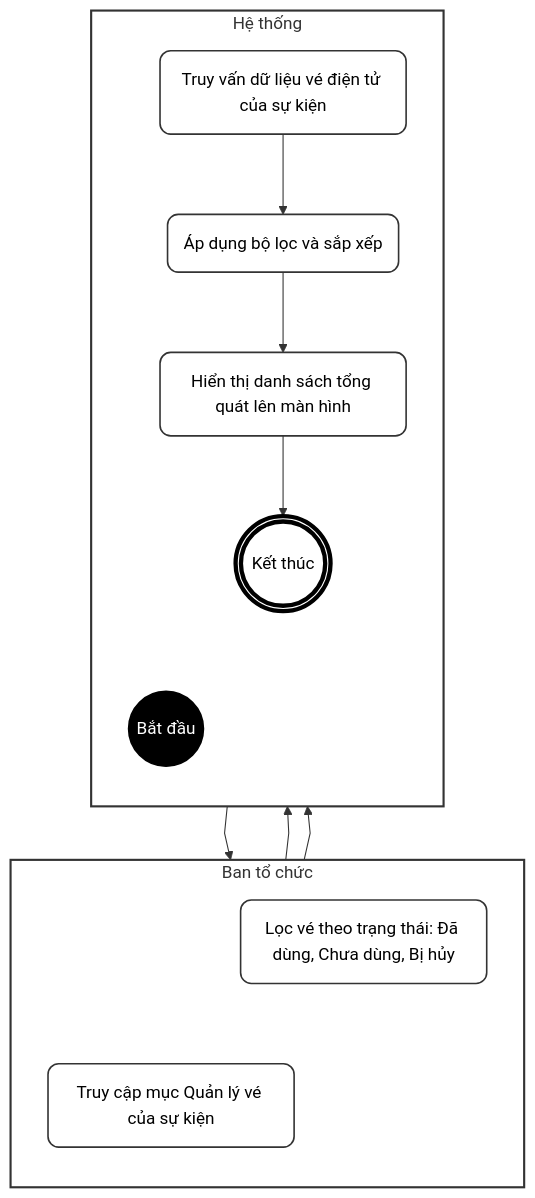
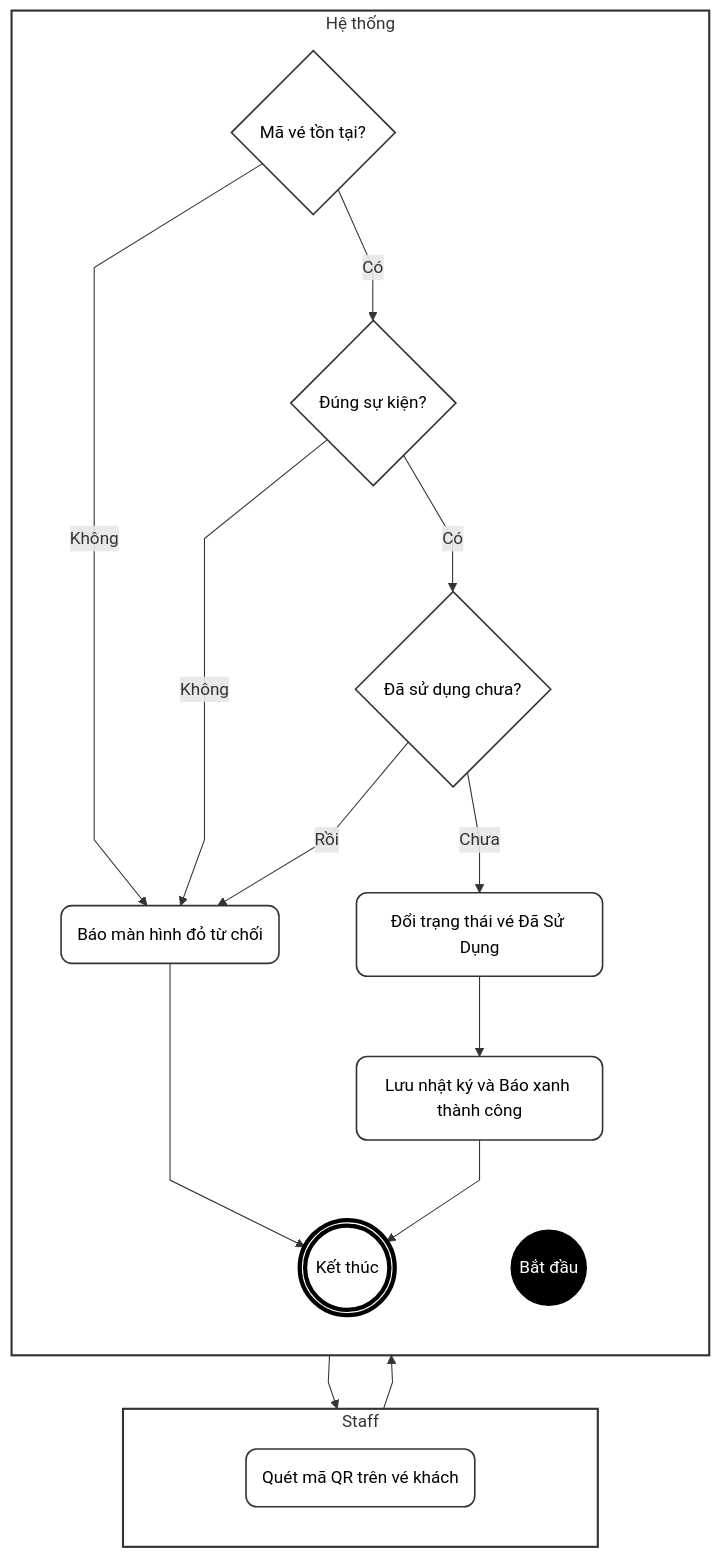
Before and after one commit to ChuDucAnh21/BE-quan-ly-su-kien: the sixth of 7 diagrams in doc/system_analysis/activity diagram/08d_activity_payment_ticket_checkin.md, drawn with Mermaid. The commit also changed other lines of this file and 14 other files, not shown here.

````diff
--- a/doc/system_analysis/activity diagram/08d_activity_payment_ticket_checkin.md
+++ b/doc/system_analysis/activity diagram/08d_activity_payment_ticket_checkin.md
@@ -504,46 +240,46 @@
 ```mermaid
 %%{init: {"flowchart": {"curve": "linear"}}}%%
 flowchart TD
     classDef default fill:#fff,stroke:#333,stroke-width:1.5px,color:#000,rx:10px,ry:10px;
     classDef startNode fill:#000,stroke:#000,color:#fff;
     classDef endNode fill:#fff,stroke:#000,stroke-width:4px,color:#000;
     classDef hidden fill:none,stroke:none,color:none;
 
-    subgraph TacNhan [Ban tổ chức]
+    subgraph Staff [Staff]
         direction TB
         T_start(" "):::hidden
-        A(Truy cập mục Quản lý vé của sự kiện)
-        B(Lọc vé theo trạng thái: Đã dùng, Chưa dùng, Bị hủy)
+        A(Quét mã QR trên vé khách)
         T_end(" "):::hidden
     end
 
-    subgraph HeThong [Hệ thống]
+    subgraph System [Hệ thống]
         direction TB
         H_start(" "):::hidden
         Start((Bắt đầu)):::startNode
-        C(Truy vấn dữ liệu vé điện tử của sự kiện)
-        D(Áp dụng bộ lọc và sắp xếp)
-        E(Hiển thị danh sách tổng quát lên màn hình)
+        B{Mã vé tồn tại?}
+        C{Đúng sự kiện?}
+        D{Đã sử dụng chưa?}
+        E(Báo màn hình đỏ từ chối)
+        F(Đổi trạng thái vé Đã Sử Dụng)
+        G(Lưu nhật ký và Báo xanh thành công)
         End(((Kết thúc))):::endNode
         H_end(" "):::hidden
     end
 
     T_start ~~~ H_start
     T_end ~~~ H_end
-
-    T_start ~~~ A
-    B ~~~ T_end
-
-    H_start ~~~ Start
-    End ~~~ H_end
-
     Start --> A
-    A --> C
-    B --> C
-    C --> D
-    D --> E
+    A --> B
+    B -- Không --> E
+    B -- Có --> C
+    C -- Không --> E
+    C -- Có --> D
+    D -- Rồi --> E
+    D -- Chưa --> F
+    F --> G
+    G --> End
     E --> End
 
-    style TacNhan fill:#fff,stroke:#333,stroke-width:2px
-    style HeThong fill:#fff,stroke:#333,stroke-width:2px
+    style Staff fill:#fff,stroke:#333,stroke-width:2px
+    style System fill:#fff,stroke:#333,stroke-width:2px
 ```
````
